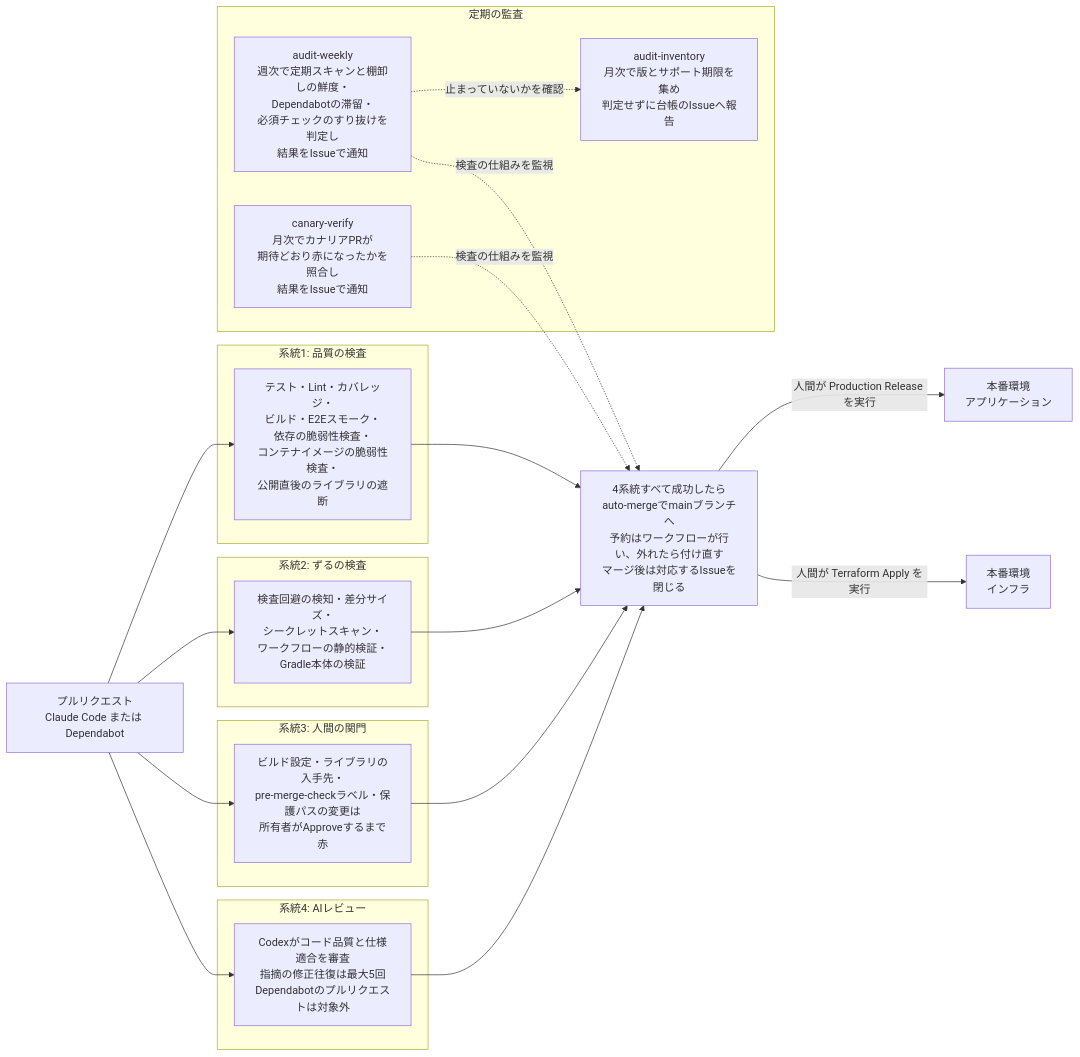
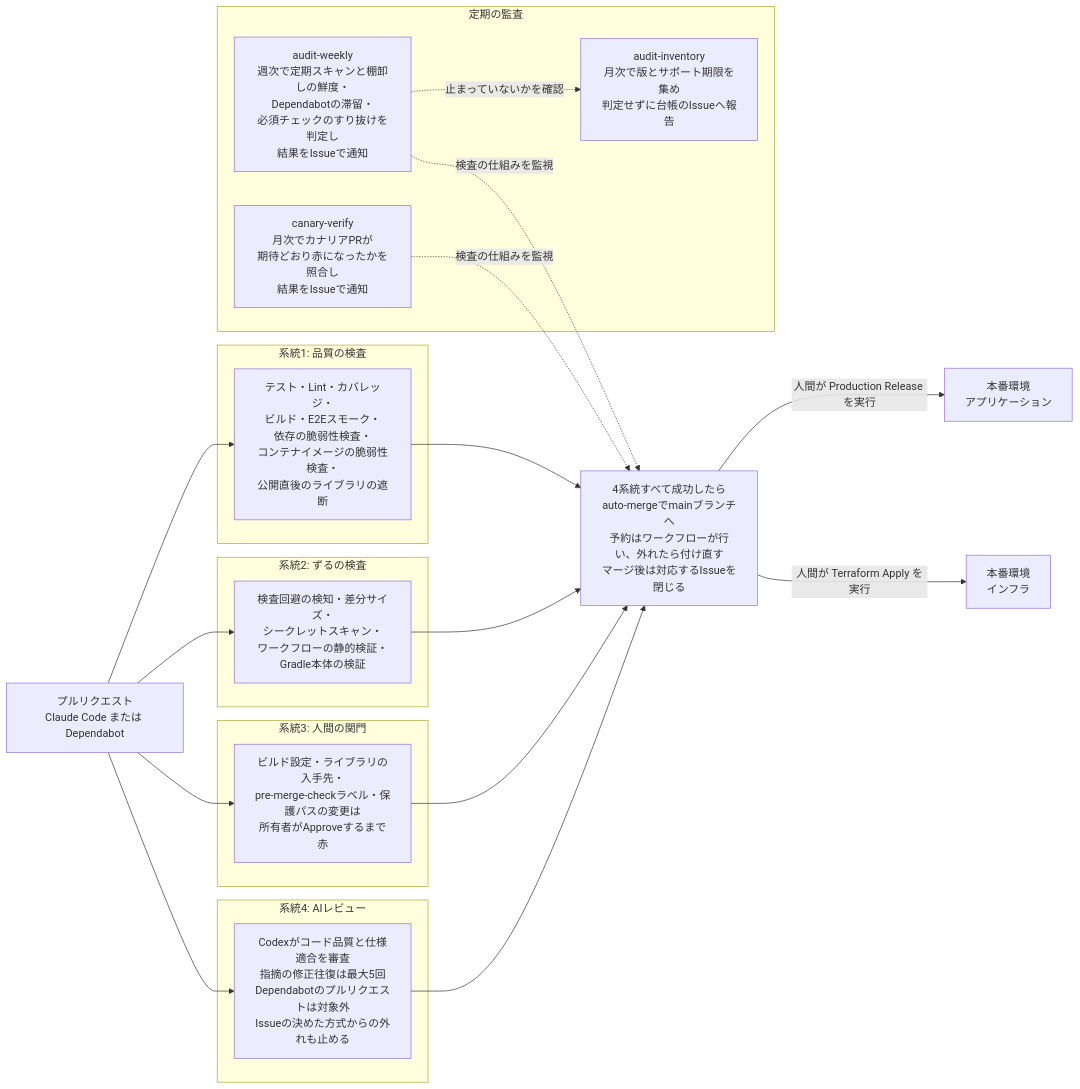
Before and after one commit to DogisRiki/KeirekiPro: the first of 2 diagrams in README.md, drawn with Mermaid. The commit also changed other lines of this file and 18 other files, not shown here.

````diff
--- a/README.md
+++ b/README.md
@@ -53,36 +53,36 @@
 ```mermaid
 flowchart LR
     PR[プルリクエスト<br>Claude Code または Dependabot]
 
     subgraph s1[系統1: 品質の検査]
         Q[テスト・Lint・カバレッジ・<br>ビルド・E2Eスモーク・<br>依存の脆弱性検査・<br>コンテナイメージの脆弱性検査・<br>公開直後のライブラリの遮断]
     end
     subgraph s2[系統2: ずるの検査]
         Z[検査回避の検知・差分サイズ・<br>シークレットスキャン・<br>ワークフローの静的検証・<br>Gradle本体の検証]
     end
     subgraph s3[系統3: 人間の関門]
         H[ビルド設定・ライブラリの入手先・<br>pre-merge-checkラベル・保護パスの変更は<br>所有者がApproveするまで赤]
     end
     subgraph s4[系統4: AIレビュー]
-        A[Codexがコード品質と仕様適合を審査<br>指摘の修正往復は最大5回<br>Dependabotのプルリクエストは対象外]
+        A[Codexがコード品質と仕様適合を審査<br>指摘の修正往復は最大5回<br>Dependabotのプルリクエストは対象外<br>Issueの決めた方式からの外れも止める]
     end
 
     PR --> Q
     PR --> Z
     PR --> H
     PR --> A
 
     Q & Z & H & A --> M[4系統すべて成功したら<br>auto-mergeでmainブランチへ<br>予約はワークフローが行い、外れたら付け直す<br>マージ後は対応するIssueを閉じる]
 
     M -->|人間が Production Release を実行| App[本番環境<br>アプリケーション]
     M -->|人間が Terraform Apply を実行| Infra[本番環境<br>インフラ]
 
     subgraph s5[定期の監査]
         AW[audit-weekly<br>週次で定期スキャンと棚卸しの鮮度・<br>Dependabotの滞留・<br>必須チェックのすり抜けを判定し<br>結果をIssueで通知]
         CV[canary-verify<br>月次でカナリアPRが<br>期待どおり赤になったかを照合し<br>結果をIssueで通知]
         AI[audit-inventory<br>月次で版とサポート期限を集め<br>判定せずに台帳のIssueへ報告]
     end
 
     AW & CV -.検査の仕組みを監視.-> M
     AW -.止まっていないかを確認.-> AI
 ```
````
